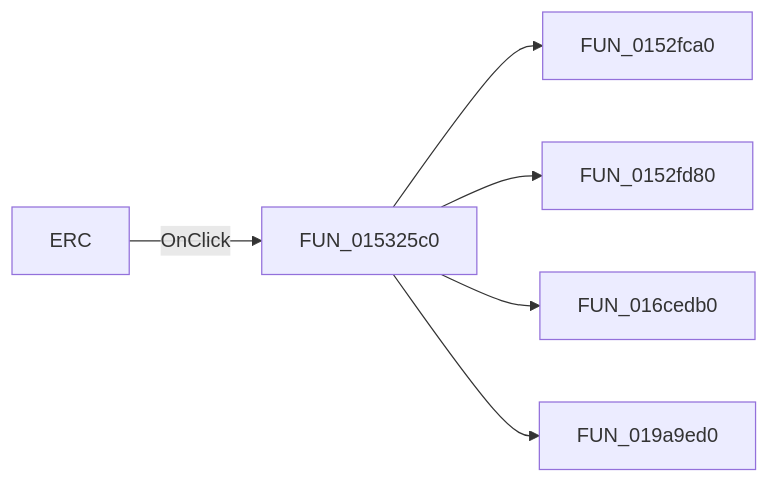
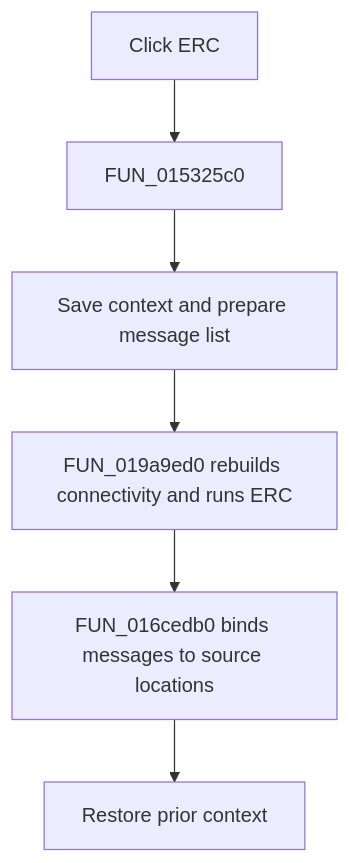
The diagram in docs/ui-controls/netlisteditor/mierc-bba452d3be.md (MovGP0/TIARA), drawn with Mermaid before and after one commit. The commit also changed other lines of this file and 1062 other files, not shown here.

````diff
--- a/docs/ui-controls/netlisteditor/mierc-bba452d3be.md
+++ b/docs/ui-controls/netlisteditor/mierc-bba452d3be.md
@@ -27,8 +29,8 @@
 ```mermaid
-flowchart LR
-    control["ERC"] -->|OnClick| handler["FUN_015325c0"]
-    handler --> call1["FUN_0152fca0"]
-    handler --> call2["FUN_0152fd80"]
-    handler --> call3["FUN_016cedb0"]
-    handler --> call4["FUN_019a9ed0"]
+flowchart TD
+    control["Click ERC"] --> handler["FUN_015325c0"]
+    handler --> prepare["Save context and prepare message list"]
+    prepare --> erc["FUN_019a9ed0 rebuilds connectivity and runs ERC"]
+    erc --> bind["FUN_016cedb0 binds messages to source locations"]
+    bind --> restore["Restore prior context"]
 ```
````
